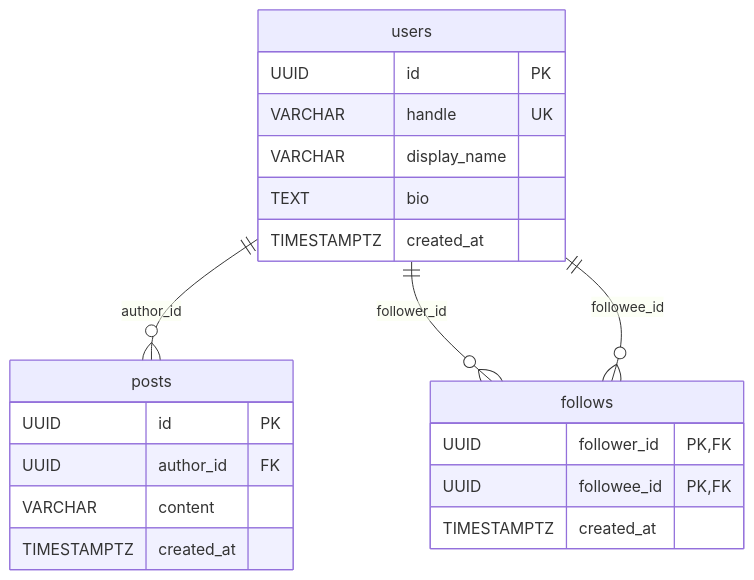
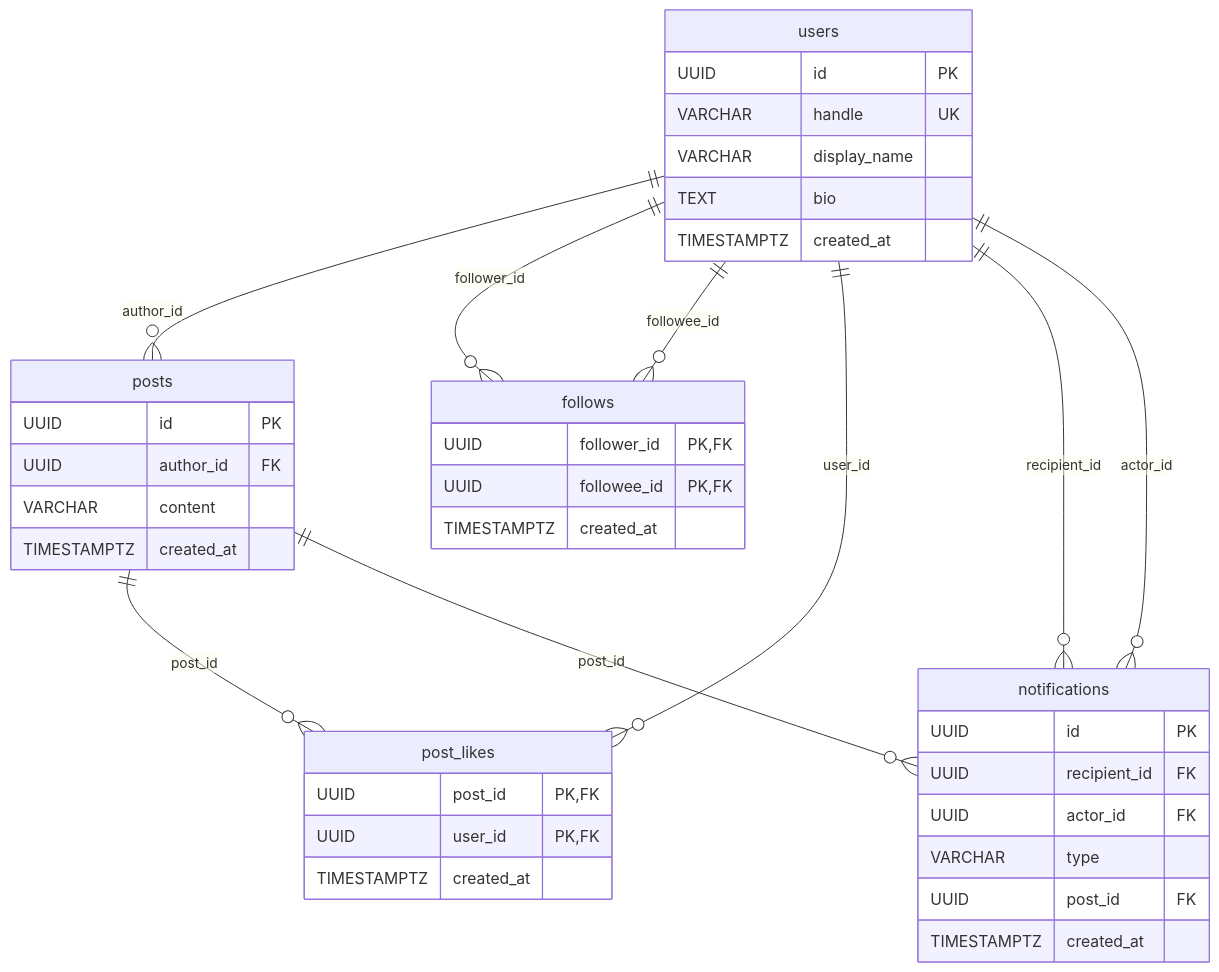
The diagram in DESIGN.md (Kyoya67/x-clone), drawn with Mermaid before and after one commit. The commit also changed other lines of this file and 21 other files, not shown here.

````diff
--- a/DESIGN.md
+++ b/DESIGN.md
@@ -294,27 +294,47 @@
 ```mermaid
 erDiagram
     users ||--o{ posts : "author_id"
     users ||--o{ follows : "follower_id"
     users ||--o{ follows : "followee_id"
+    users ||--o{ post_likes : "user_id"
+    posts ||--o{ post_likes : "post_id"
+    users ||--o{ notifications : "recipient_id"
+    users ||--o{ notifications : "actor_id"
+    posts ||--o{ notifications : "post_id"
 
     users {
         UUID id PK
         VARCHAR handle UK
         VARCHAR display_name
         TEXT bio
         TIMESTAMPTZ created_at
     }
 
     posts {
         UUID id PK
         UUID author_id FK
         VARCHAR content
         TIMESTAMPTZ created_at
     }
 
     follows {
         UUID follower_id PK, FK
         UUID followee_id PK, FK
         TIMESTAMPTZ created_at
     }
+
+    post_likes {
+        UUID post_id PK, FK
+        UUID user_id PK, FK
+        TIMESTAMPTZ created_at
+    }
+
+    notifications {
+        UUID id PK
+        UUID recipient_id FK
+        UUID actor_id FK
+        VARCHAR type
+        UUID post_id FK
+        TIMESTAMPTZ created_at
+    }
 ```
````
